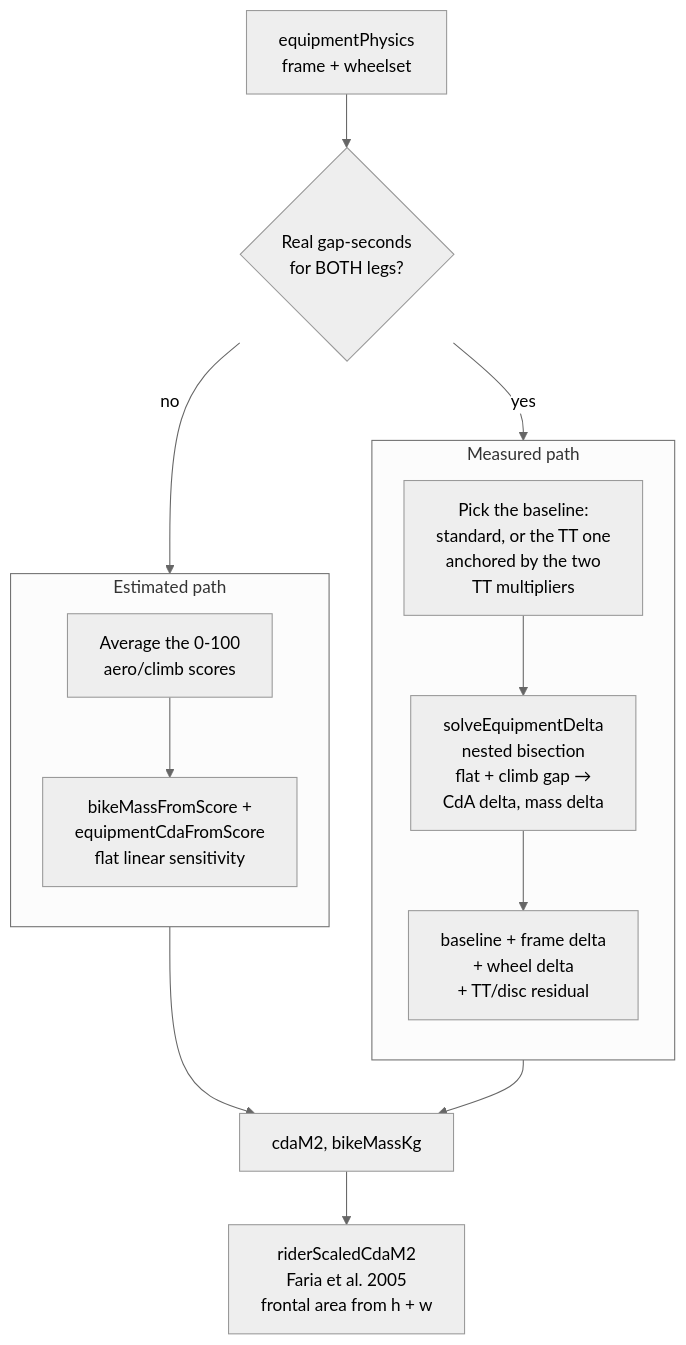
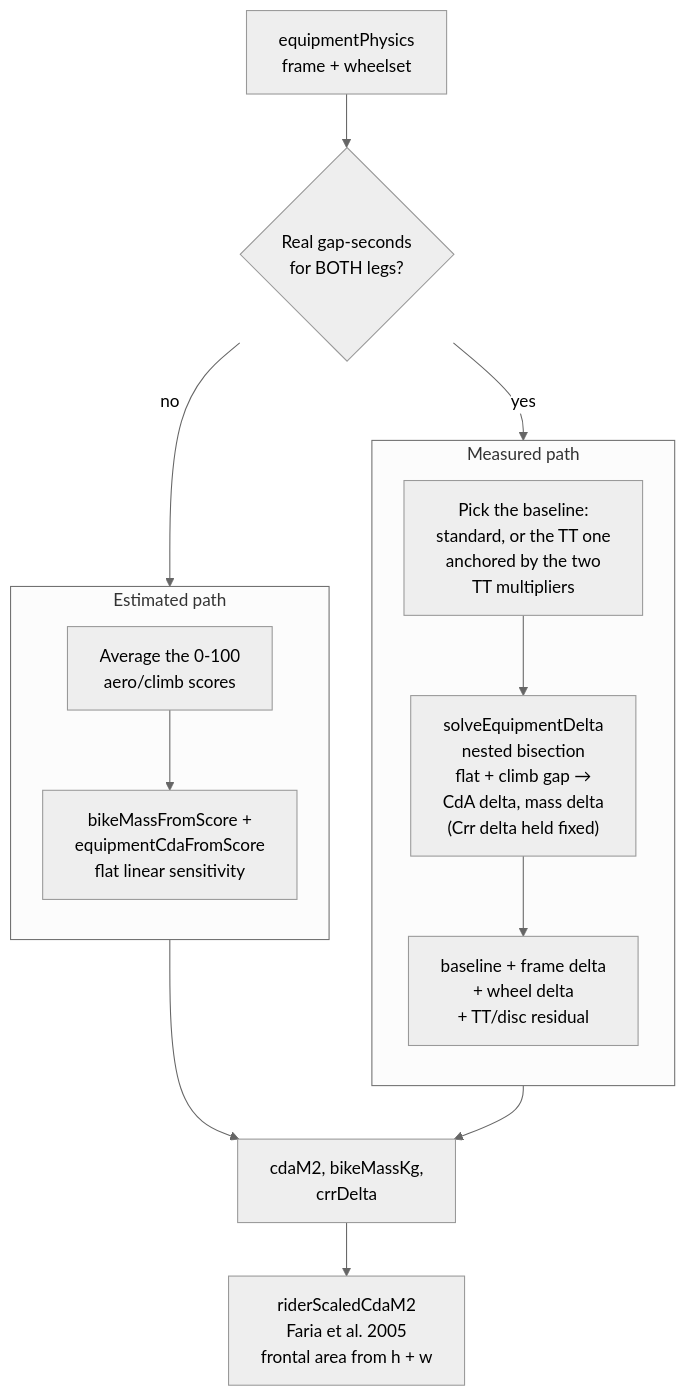
One commit to kjellrg/zwift-bikes changed the third of 5 diagrams in docs/physics-pipeline.md. Above: the diagram before and after it, drawn with Mermaid (neutral theme). The commit also changed other lines of this file and 18 other files, not shown here.

````diff
--- a/docs/physics-pipeline.md
+++ b/docs/physics-pipeline.md
@@ -166,27 +166,27 @@
 ```mermaid
 %%{ init: { "flowchart": { "nodeSpacing": 40, "rankSpacing": 50 } } }%%
 flowchart TD
     IN["equipmentPhysics<br/>frame + wheelset"]
     HAS{"Real gap-seconds<br/>for BOTH legs?"}
 
     subgraph MEASURED["Measured path"]
         direction TB
         BASE["Pick the baseline:<br/>standard, or the TT one<br/>anchored by the two<br/>TT multipliers"]
-        SOLVE["solveEquipmentDelta<br/>nested bisection<br/>flat + climb gap →<br/>CdA delta, mass delta"]
+        SOLVE["solveEquipmentDelta<br/>nested bisection<br/>flat + climb gap →<br/>CdA delta, mass delta<br/>(Crr delta held fixed)"]
         ADD["baseline + frame delta<br/>+ wheel delta<br/>+ TT/disc residual"]
     end
 
     subgraph FALLBACK["Estimated path"]
         direction TB
         AVG["Average the 0-100<br/>aero/climb scores"]
         LINEAR["bikeMassFromScore +<br/>equipmentCdaFromScore<br/>flat linear sensitivity"]
     end
 
-    OUT["cdaM2, bikeMassKg"]
+    OUT["cdaM2, bikeMassKg,<br/>crrDelta"]
     SCALE["riderScaledCdaM2<br/>Faria et al. 2005<br/>frontal area from h + w"]
 
     IN --> HAS
     HAS -- yes --> BASE --> SOLVE --> ADD --> OUT
     HAS -- no --> AVG --> LINEAR --> OUT
     OUT --> SCALE
 ```
````
